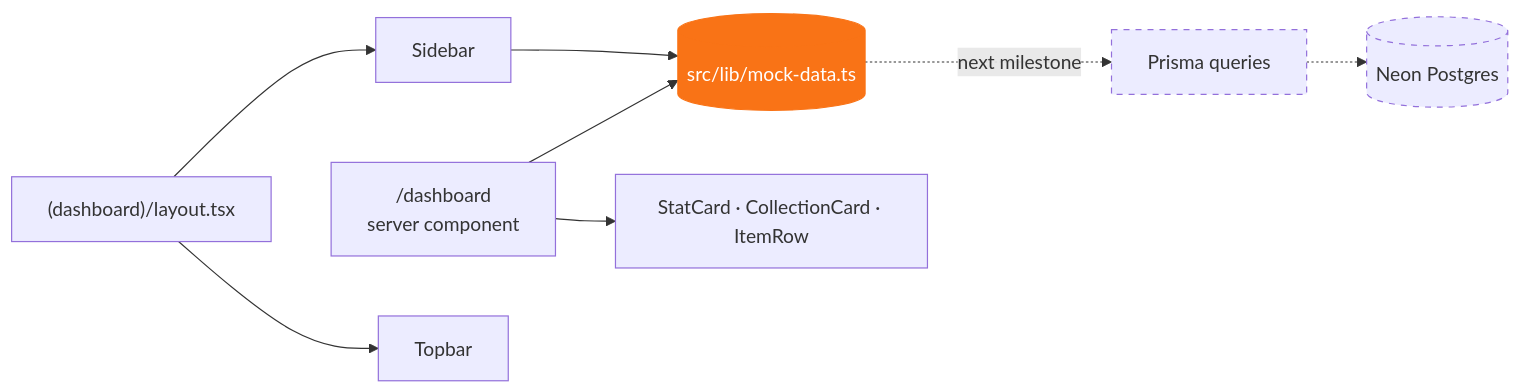
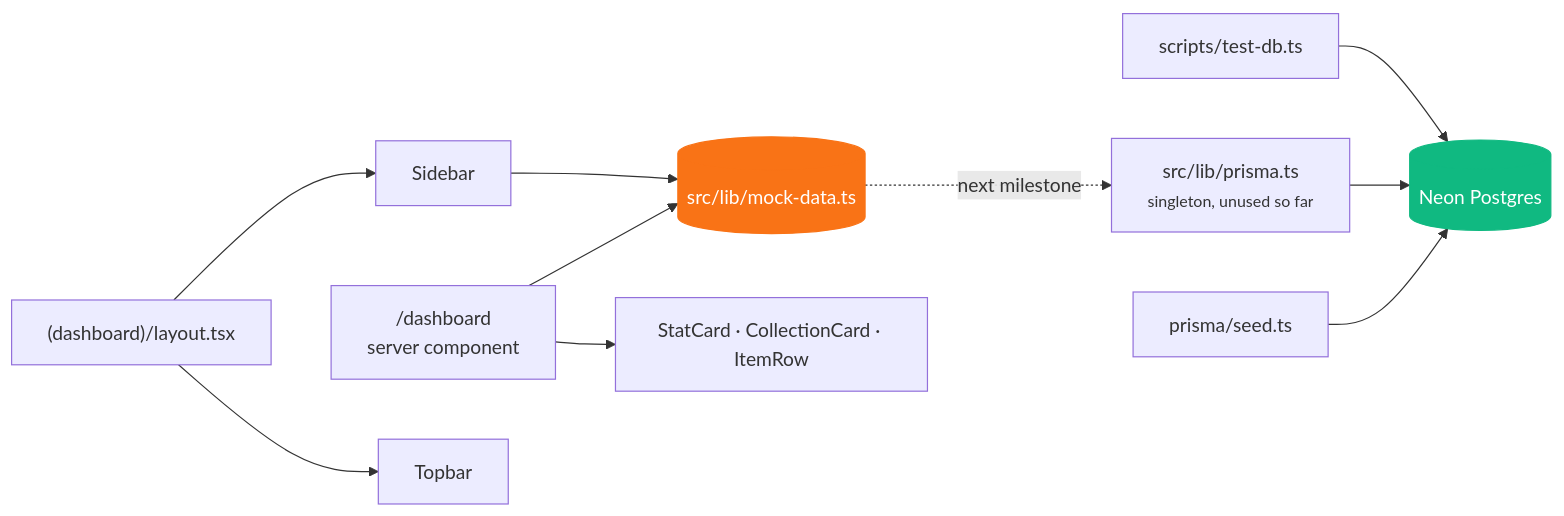
The third of 9 diagrams in README.md (raki-rankawat/claude-devstash), drawn with Mermaid before and after one commit. The commit also changed other lines of this file, not shown here.

First line of the commit message:
docs: update readme for database and seed milestones

````diff
--- a/README.md
+++ b/README.md
@@ -106,14 +110,16 @@
 ```mermaid
 flowchart LR
     Page["/dashboard<br/>server component"] --> Mock[("src/lib/mock-data.ts")]
     Page --> Comp["StatCard · CollectionCard · ItemRow"]
     Shell["(dashboard)/layout.tsx"] --> Sidebar & Topbar
     Sidebar --> Mock
 
-    Mock -.->|"next milestone"| Prisma["Prisma queries"]
-    Prisma -.-> DB[("Neon Postgres")]
+    Seed["prisma/seed.ts"] --> DB[("Neon Postgres")]
+    Client["src/lib/prisma.ts<br/><small>singleton, unused so far</small>"] --> DB
+    Check["scripts/test-db.ts"] --> DB
+
+    Mock -.->|"next milestone"| Client
 
     style Mock fill:#f97316,stroke:#f97316,color:#fff
-    style Prisma stroke-dasharray: 5 5
-    style DB stroke-dasharray: 5 5
+    style DB fill:#10b981,stroke:#10b981,color:#fff
 ```
````
